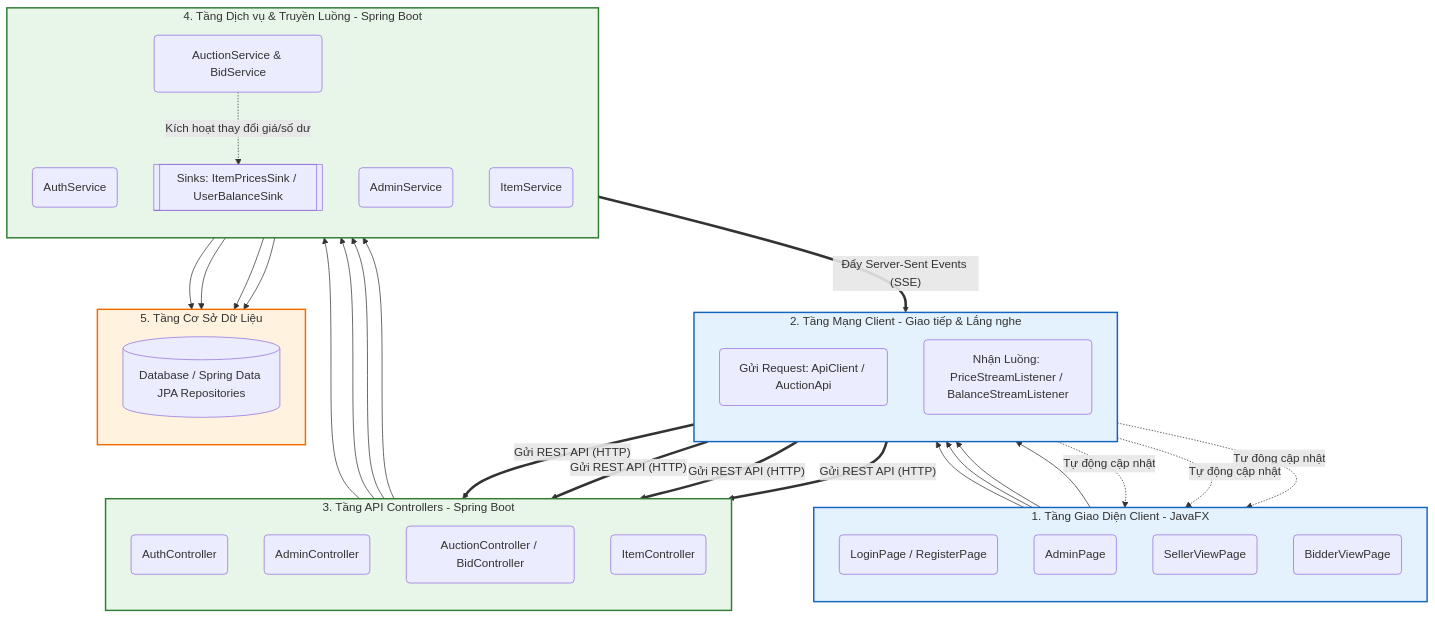
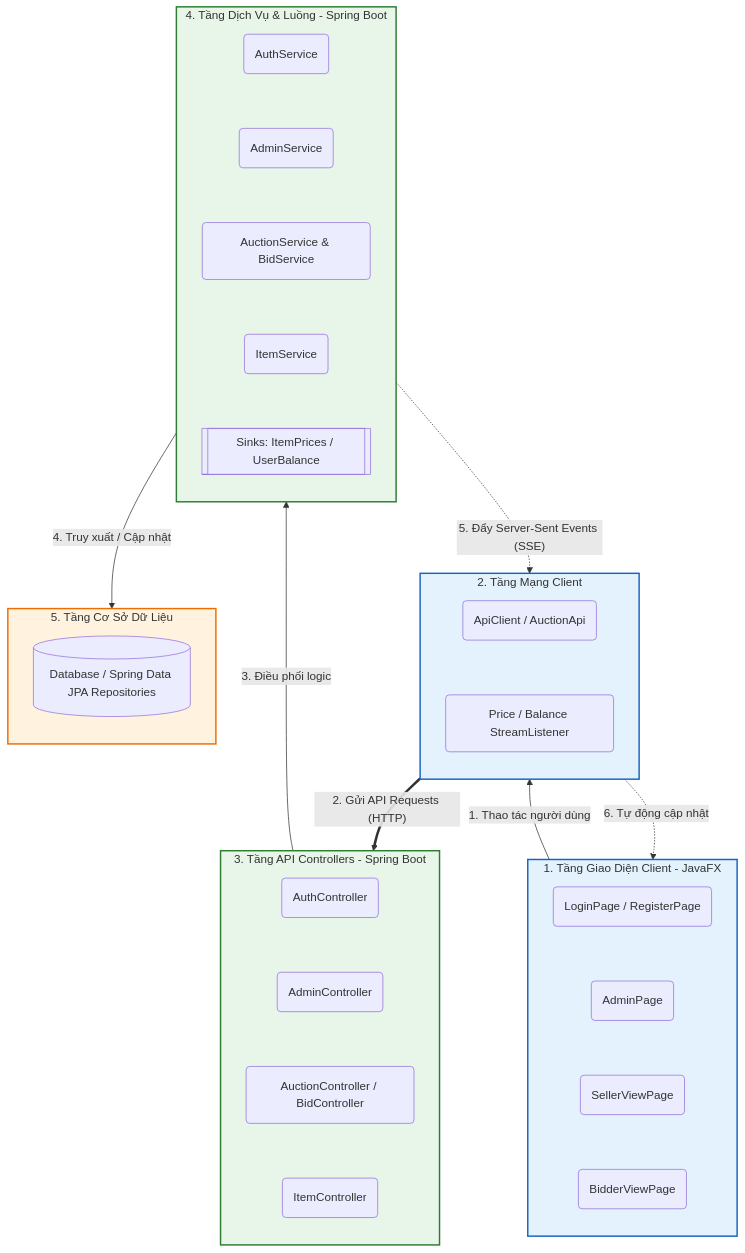
One commit to melowmolly2/obsidian changed the diagram in Báo cáo Bài tập lớn.md. Above: the diagram before and after it, drawn with Mermaid.

Commit message:
vault backup: 2026-06-06 15:59:15

````diff
--- a/Báo cáo Bài tập lớn.md
+++ b/Báo cáo Bài tập lớn.md
@@ -8,75 +8,58 @@
 ```mermaid
 flowchart TD
     %% TẦNG 1: FRONTEND UI
     subgraph Layer1 [1. Tầng Giao Diện Client - JavaFX]
         direction TB
-        UI_Auth(LoginPage / RegisterPage)
-        UI_Admin(AdminPage)
-        UI_Seller(SellerViewPage)
-        UI_Bidder(BidderViewPage)
+        UI_Auth(LoginPage / RegisterPage) ~~~ UI_Admin(AdminPage)
+        UI_Admin ~~~ UI_Seller(SellerViewPage)
+        UI_Seller ~~~ UI_Bidder(BidderViewPage)
     end
 
     %% TẦNG 2: FRONTEND NETWORK
-    subgraph Layer2 [2. Tầng Mạng Client - Giao tiếp & Lắng nghe]
+    subgraph Layer2 [2. Tầng Mạng Client]
         direction TB
-        Net_Req(Gửi Request: ApiClient / AuctionApi)
-        Net_Listen(Nhận Luồng: PriceStreamListener / BalanceStreamListener)
+        Net_Req(ApiClient / AuctionApi) ~~~ Net_Listen(Price / Balance StreamListener)
     end
 
     %% TẦNG 3: BACKEND CONTROLLER
     subgraph Layer3 [3. Tầng API Controllers - Spring Boot]
         direction TB
-        Ctrl_Auth(AuthController)
-        Ctrl_Admin(AdminController)
-        Ctrl_Auction(AuctionController / BidController)
-        Ctrl_Item(ItemController)
+        Ctrl_Auth(AuthController) ~~~ Ctrl_Admin(AdminController)
+        Ctrl_Admin ~~~ Ctrl_Auction(AuctionController / BidController)
+        Ctrl_Auction ~~~ Ctrl_Item(ItemController)
     end
 
     %% TẦNG 4: BACKEND SERVICE & SINK
-    subgraph Layer4 [4. Tầng Dịch vụ & Truyền Luồng - Spring Boot]
+    subgraph Layer4 [4. Tầng Dịch Vụ & Luồng - Spring Boot]
         direction TB
-        Svc_Auth(AuthService)
-        Svc_Admin(AdminService)
-        Svc_Auction(AuctionService & BidService)
-        Svc_Item(ItemService)
-        Sinks[[Sinks: ItemPricesSink / UserBalanceSink]]
+        Svc_Auth(AuthService) ~~~ Svc_Admin(AdminService)
+        Svc_Admin ~~~ Svc_Auction(AuctionService & BidService)
+        Svc_Auction ~~~ Svc_Item(ItemService)
+        Svc_Item ~~~ Sinks[[Sinks: ItemPrices / UserBalance]]
     end
 
     %% TẦNG 5: BACKEND DATABASE
     subgraph Layer5 [5. Tầng Cơ Sở Dữ Liệu]
         direction TB
         DB[(Database / Spring Data JPA Repositories)]
     end
 
-    %% LUỒNG XUỐNG: REQUEST (Người dùng thao tác)
-    UI_Auth --> Net_Req
-    UI_Admin --> Net_Req
-    UI_Seller --> Net_Req
-    UI_Bidder --> Net_Req
+    %% LUỒNG GIAO TIẾP (Nối giữa các tầng để giữ sơ đồ thẳng đứng)
+    Layer1 -->|1. Thao tác người dùng| Layer2
+    Layer2 == "2. Gửi API Requests (HTTP)" ==> Layer3
+    Layer3 -->|3. Điều phối logic| Layer4
+    Layer4 -->|4. Truy xuất / Cập nhật| Layer5
 
-    Net_Req == "Gửi REST API (HTTP)" ==> Ctrl_Auth & Ctrl_Admin & Ctrl_Auction & Ctrl_Item
-    
-    Ctrl_Auth --> Svc_Auth
-    Ctrl_Admin --> Svc_Admin
-    Ctrl_Auction --> Svc_Auction
-    Ctrl_Item --> Svc_Item
-
-    Svc_Auth --> DB
-    Svc_Admin --> DB
-    Svc_Auction --> DB
-    Svc_Item --> DB
-
-    %% LUỒNG LÊN: RESPONSE & REAL-TIME (Cập nhật từ Server về Client)
-    Svc_Auction -. "Kích hoạt thay đổi giá/số dư" .-> Sinks
-    Sinks == "Đẩy Server-Sent Events (SSE)" ==> Net_Listen
-    Net_Listen -. "Tự động cập nhật" .-> UI_Admin & UI_Seller & UI_Bidder
+    %% LUỒNG REAL-TIME ĐI NGƯỢC LÊN
+    Layer4 -. "5. Đẩy Server-Sent Events (SSE)" .-> Layer2
+    Layer2 -. "6. Tự động cập nhật" .-> Layer1
 
     %% ĐỊNH DẠNG MÀU SẮC
     classDef clientLayer fill:#e3f2fd,stroke:#1565c0,stroke-width:2px;
     classDef serverLayer fill:#e8f5e9,stroke:#2e7d32,stroke-width:2px;
     classDef dbLayer fill:#fff3e0,stroke:#ef6c00,stroke-width:2px;
 
     class Layer1,Layer2 clientLayer;
     class Layer3,Layer4 serverLayer;
     class Layer5 dbLayer;
 ```
````
